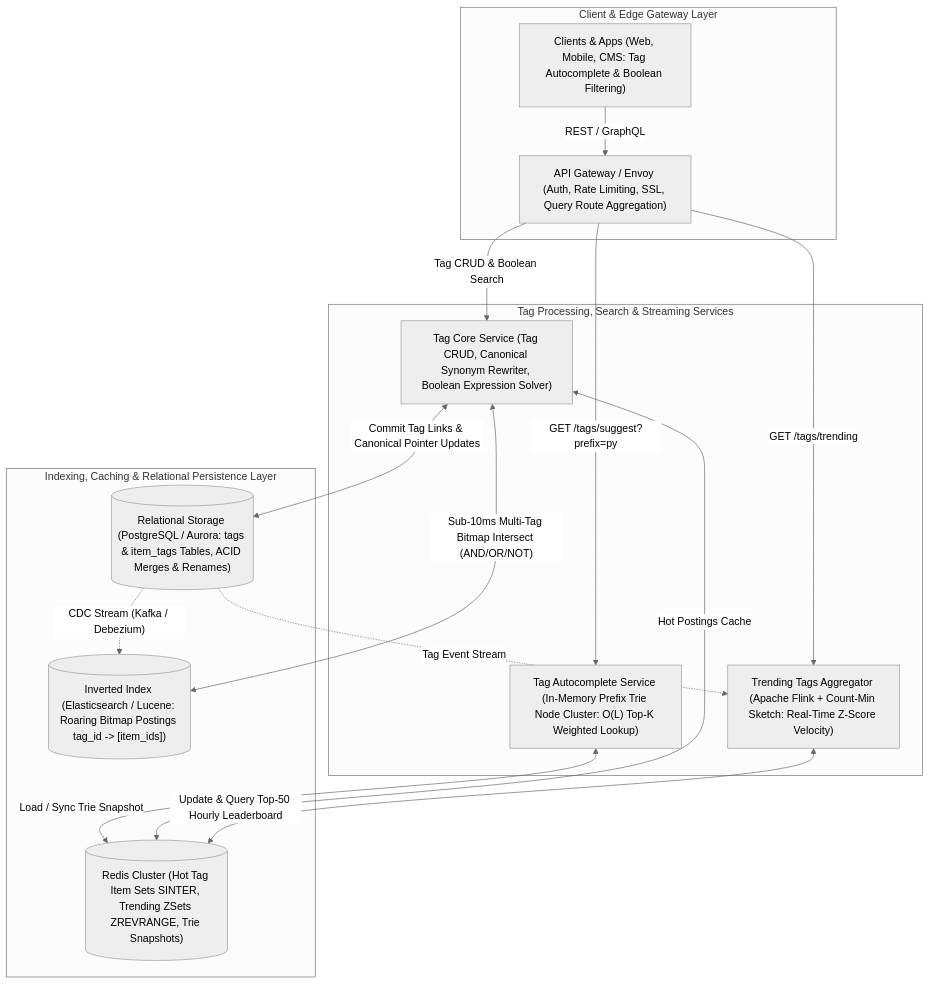
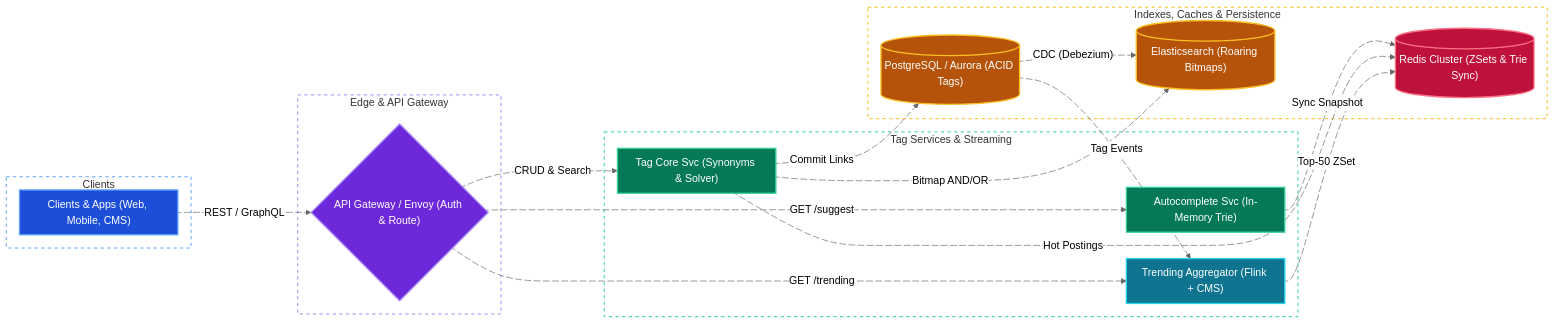
Before and after one commit to tarunbatta/tech-interview-prep: the third of 3 diagrams in system-design/tag-service.md, drawn with Mermaid (neutral theme). The commit also changed other lines of this file and 30 other files, not shown here.

First line of the commit message:
docs(system-design): convert Mermaid flowcharts to LR with colors and animated edges

````diff
--- a/system-design/tag-service.md
+++ b/system-design/tag-service.md
@@ -197,28 +244,62 @@
 ```mermaid
-flowchart TD
-    subgraph ClientTier["Client & Edge Gateway Layer"]
-        Clients["Clients & Apps (Web, Mobile, CMS: Tag Autocomplete & Boolean Filtering)"]
-        Gateway["API Gateway / Envoy (Auth, Rate Limiting, SSL, Query Route Aggregation)"]
+%%{init: {'flowchart': {'nodeSpacing': 20, 'rankSpacing': 40, 'padding': 10}}}%%
+flowchart LR
+    subgraph ClientTier["Clients"]
+        Clients["Clients & Apps (Web, Mobile, CMS)"]
     end
-    subgraph ServiceTier["Tag Processing, Search & Streaming Services"]
-        AutoSvc["Tag Autocomplete Service (In-Memory Prefix Trie Node Cluster: O(L) Top-K Weighted Lookup)"]
-        TagSvc["Tag Core Service (Tag CRUD, Canonical Synonym Rewriter, Boolean Expression Solver)"]
-        TrendSvc["Trending Tags Aggregator (Apache Flink + Count-Min Sketch: Real-Time Z-Score Velocity)"]
+    subgraph EdgeTier["Edge & API Gateway"]
+        Gateway{"API Gateway / Envoy (Auth & Route)"}
     end
-    subgraph StorageIndexTier["Indexing, Caching & Relational Persistence Layer"]
-        InvertedIdx[("Inverted Index (Elasticsearch / Lucene: Roaring Bitmap Postings tag_id -> [item_ids])")]
-        RelDB[("Relational Storage (PostgreSQL / Aurora: tags & item_tags Tables, ACID Merges & Renames)")]
-        Redis[("Redis Cluster (Hot Tag Item Sets SINTER, Trending ZSets ZREVRANGE, Trie Snapshots)")]
+    subgraph ServiceTier["Tag Services & Streaming"]
+        AutoSvc["Autocomplete Svc (In-Memory Trie)"]
+        TagSvc["Tag Core Svc (Synonyms & Solver)"]
+        TrendSvc["Trending Aggregator (Flink + CMS)"]
     end
-    Clients -->|"REST / GraphQL"| Gateway
-    Gateway -->|"GET /tags/suggest?prefix=py"| AutoSvc
-    Gateway -->|"Tag CRUD & Boolean Search"| TagSvc
-    Gateway -->|"GET /tags/trending"| TrendSvc
-    AutoSvc <-->|"Load / Sync Trie Snapshot"| Redis
-    TagSvc <-->|"Sub-10ms Multi-Tag Bitmap Intersect (AND/OR/NOT)"| InvertedIdx
-    TagSvc <-->|"Commit Tag Links & Canonical Pointer Updates"| RelDB
-    TagSvc <-->|"Hot Postings Cache"| Redis
-    RelDB -.->|"CDC Stream (Kafka / Debezium)"| InvertedIdx
-    RelDB -.->|"Tag Event Stream"| TrendSvc
-    TrendSvc <-->|"Update & Query Top-50 Hourly Leaderboard"| Redis
+    subgraph StorageIndexTier["Indexes, Caches & Persistence"]
+        Redis[("Redis Cluster (ZSets & Trie Sync)")]
+        InvertedIdx[("Elasticsearch (Roaring Bitmaps)")]
+        RelDB[("PostgreSQL / Aurora (ACID Tags)")]
+    end
+    Clients e1@-->|"REST / GraphQL"| Gateway
+    Gateway e2@-->|"GET /suggest"| AutoSvc
+    Gateway e3@-->|"CRUD & Search"| TagSvc
+    Gateway e4@-->|"GET /trending"| TrendSvc
+    AutoSvc e5@-->|"Sync Snapshot"| Redis
+    TagSvc e6@-->|"Bitmap AND/OR"| InvertedIdx
+    TagSvc e7@-->|"Commit Links"| RelDB
+    TagSvc e8@-->|"Hot Postings"| Redis
+    RelDB e9@-.->|"CDC (Debezium)"| InvertedIdx
+    RelDB e10@-.->|"Tag Events"| TrendSvc
+    TrendSvc e11@-->|"Top-50 ZSet"| Redis
+
+    e1@{ animate: true }
+    e2@{ animate: true }
+    e3@{ animate: true }
+    e4@{ animate: true }
+    e5@{ animate: true }
+    e6@{ animate: true }
+    e7@{ animate: true }
+    e8@{ animate: true }
+    e9@{ animate: true }
+    e10@{ animate: true }
+    e11@{ animate: true }
+
+    classDef client fill:#1d4ed8,stroke:#60a5fa,stroke-width:2px,color:#ffffff
+    classDef edge fill:#6d28d9,stroke:#a78bfa,stroke-width:2px,color:#ffffff
+    classDef service fill:#047857,stroke:#34d399,stroke-width:2px,color:#ffffff
+    classDef worker fill:#0e7490,stroke:#22d3ee,stroke-width:2px,color:#ffffff
+    classDef cache fill:#be123c,stroke:#fb7185,stroke-width:2px,color:#ffffff
+    classDef storage fill:#b45309,stroke:#fbbf24,stroke-width:2px,color:#ffffff
+
+    class Clients client
+    class Gateway edge
+    class AutoSvc,TagSvc service
+    class TrendSvc worker
+    class Redis cache
+    class InvertedIdx,RelDB storage
+
+    style ClientTier fill:transparent,stroke:#60a5fa,stroke-width:1.5px,stroke-dasharray: 5 5
+    style EdgeTier fill:transparent,stroke:#a78bfa,stroke-width:1.5px,stroke-dasharray: 5 5
+    style ServiceTier fill:transparent,stroke:#34d399,stroke-width:1.5px,stroke-dasharray: 5 5
+    style StorageIndexTier fill:transparent,stroke:#fbbf24,stroke-width:1.5px,stroke-dasharray: 5 5
 ```
````
